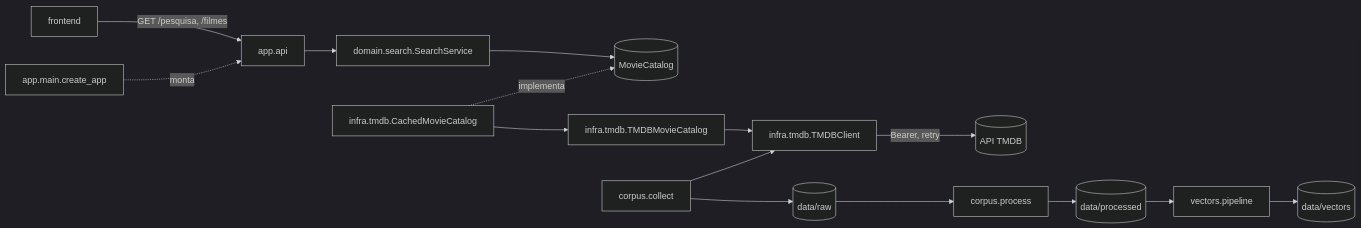
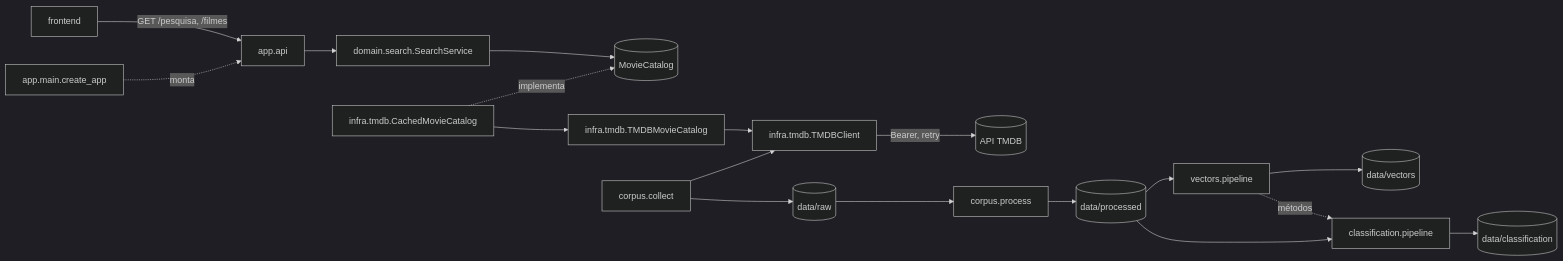
Before and after one commit to KaikeDev/PLN: the diagram in docs/arquitetura.md, drawn with Mermaid (dark theme). The commit also changed other lines of this file and 50 other files, not shown here.

````diff
--- a/docs/arquitetura.md
+++ b/docs/arquitetura.md
@@ -25,15 +26,17 @@
 ```mermaid
 flowchart LR
     UI[frontend] -->|GET /pesquisa, /filmes| API[app.api]
     API --> SVC[domain.search.SearchService]
     SVC --> PORT[(MovieCatalog)]
     CACHE[infra.tmdb.CachedMovieCatalog] -. implementa .-> PORT
     CACHE --> CAT[infra.tmdb.TMDBMovieCatalog]
     CAT --> CLI[infra.tmdb.TMDBClient]
     CLI -->|Bearer, retry| TMDB[(API TMDB)]
     MAIN[app.main.create_app] -. monta .-> API
     COL[corpus.collect] --> CLI
     COL --> RAW[(data/raw)]
     RAW --> PROC[corpus.process] --> PRD[(data/processed)]
     PRD --> VEC[vectors.pipeline] --> VD[(data/vectors)]
+    PRD --> CLS[classification.pipeline] --> CD[(data/classification)]
+    VEC -. métodos .-> CLS
 ```
````
